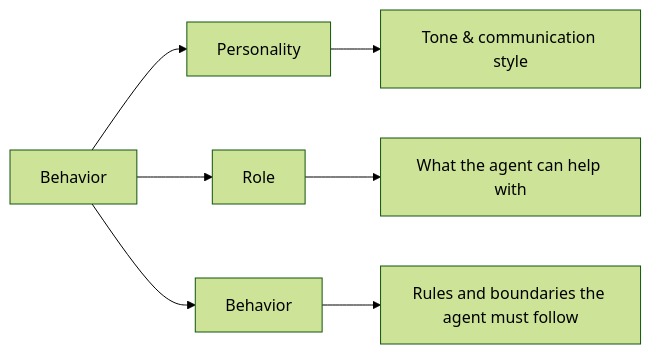
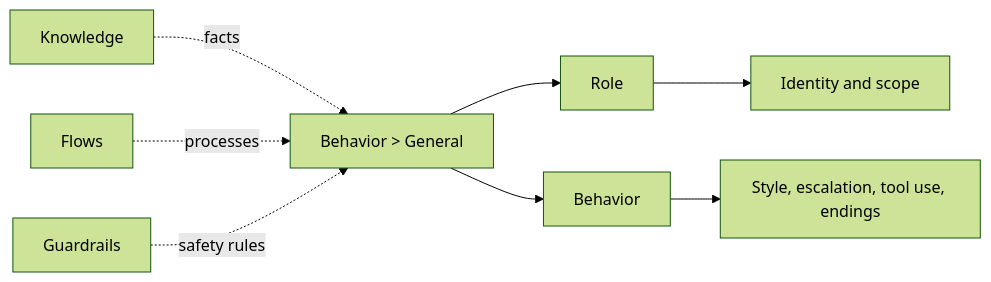
One commit to PolyAI-LDN/polyai-mintlify-doc changed the diagram in learn/guides/get-started/edit-agent-behavior.mdx. Above: the diagram before and after it, drawn with Mermaid (forest theme). The commit also changed other lines of this file and 5 other files, not shown here.

First line of the commit message:
docs(behavior): rewrite prompting guide around the Role and Behavior fields

````diff
--- a/learn/guides/get-started/edit-agent-behavior.mdx
+++ b/learn/guides/get-started/edit-agent-behavior.mdx
@@ -38,9 +35,10 @@
 ```mermaid
 flowchart LR
-    A[Behavior] --> B["Personality"]
-    A --> C["Role"]
-    A --> E["Behavior"]
-    B --> F[Tone & communication style]
-    C --> G[What the agent can help with]
-    E --> H[Rules and boundaries the agent must follow]
+    A[Behavior > General] --> B["Role"]
+    A --> C["Behavior"]
+    B --> D[Identity and scope]
+    C --> E[Style, escalation, tool use, endings]
+    F[Knowledge] -.facts.-> A
+    G[Flows] -.processes.-> A
+    H[Guardrails] -.safety rules.-> A
 ```
````
